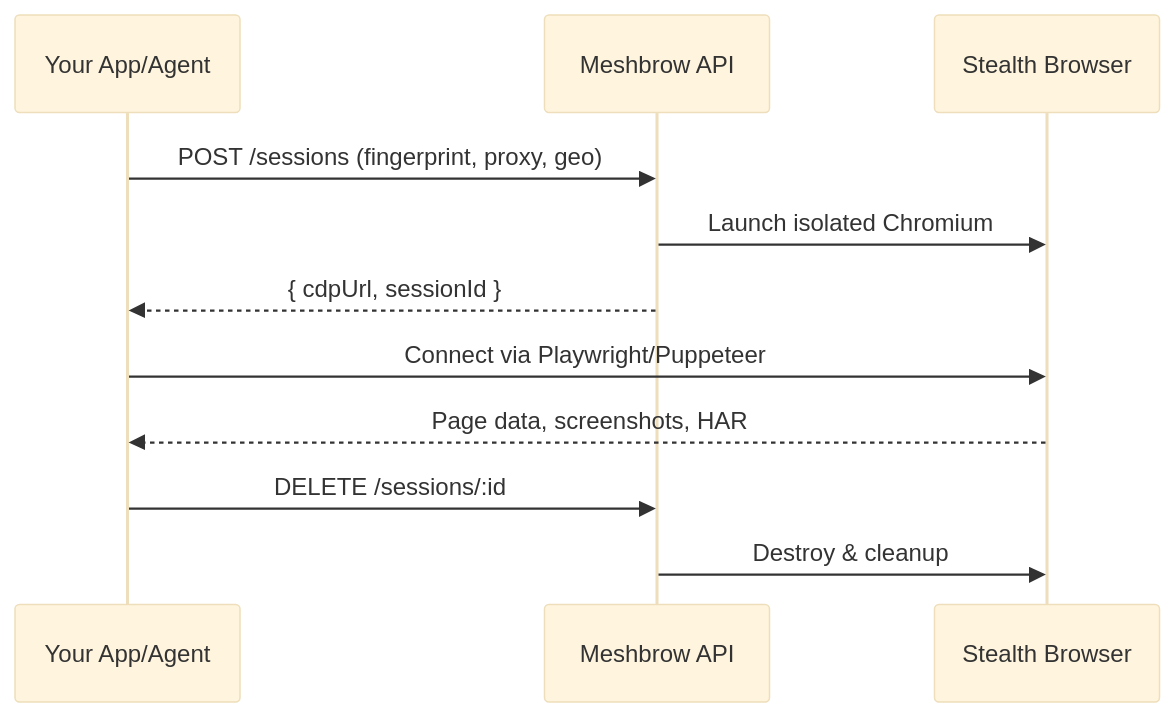
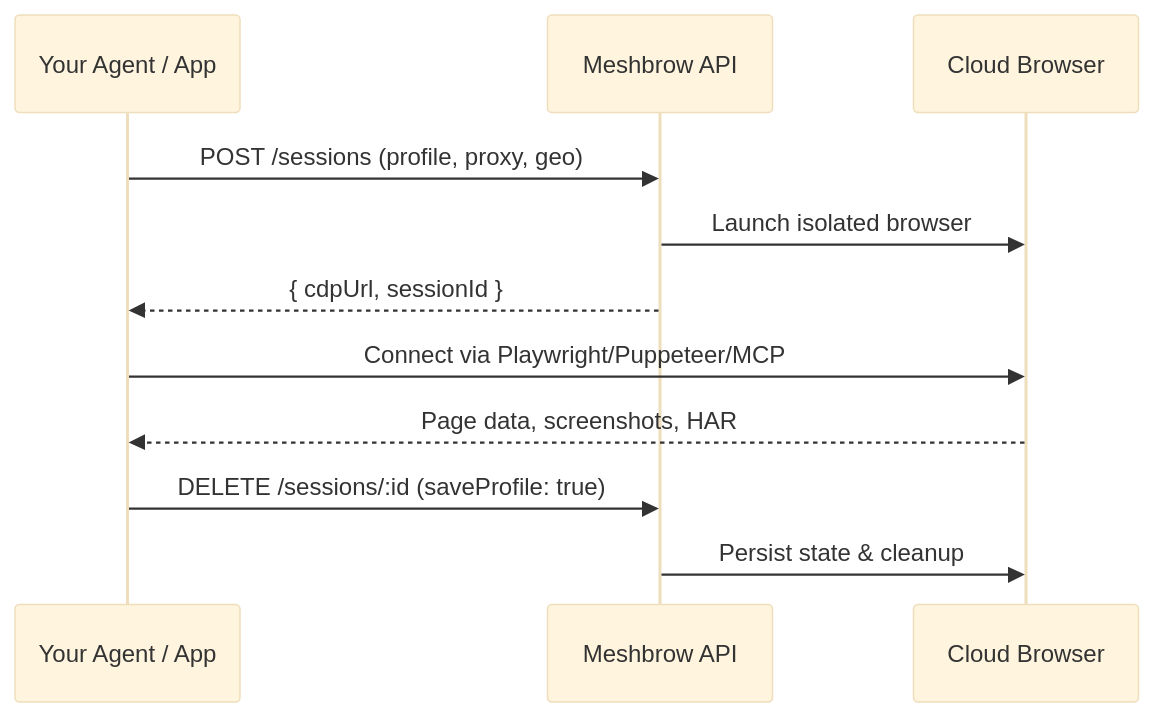
One commit to meshbrow-dev/docs changed the diagram in introduction.mdx. Above: the diagram before and after it, drawn with Mermaid (base theme). The commit also changed other lines of this file and 4 other files, not shown here.

````diff
--- a/introduction.mdx
+++ b/introduction.mdx
@@ -31,14 +33,14 @@
 ```mermaid
 sequenceDiagram
-    participant App as Your App/Agent
+    participant Agent as Your Agent / App
     participant API as Meshbrow API
-    participant Browser as Stealth Browser
+    participant Browser as Cloud Browser
 
-    App->>API: POST /sessions (fingerprint, proxy, geo)
-    API->>Browser: Launch isolated Chromium
-    API-->>App: { cdpUrl, sessionId }
-    App->>Browser: Connect via Playwright/Puppeteer
-    Browser-->>App: Page data, screenshots, HAR
-    App->>API: DELETE /sessions/:id
-    API->>Browser: Destroy & cleanup
+    Agent->>API: POST /sessions (profile, proxy, geo)
+    API->>Browser: Launch isolated browser
+    API-->>Agent: { cdpUrl, sessionId }
+    Agent->>Browser: Connect via Playwright/Puppeteer/MCP
+    Browser-->>Agent: Page data, screenshots, HAR
+    Agent->>API: DELETE /sessions/:id (saveProfile: true)
+    API->>Browser: Persist state & cleanup
 ```
````
